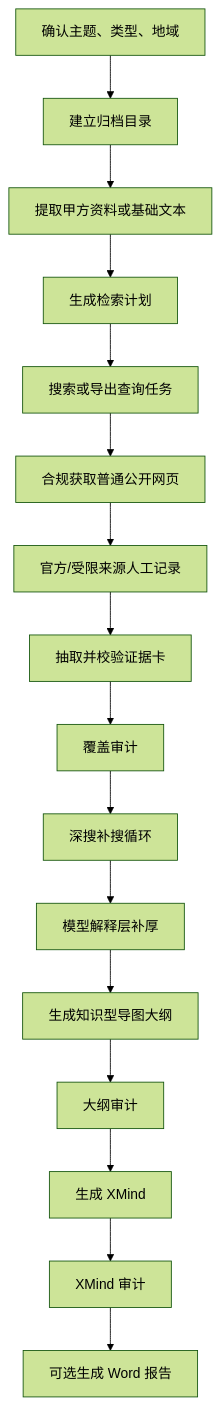
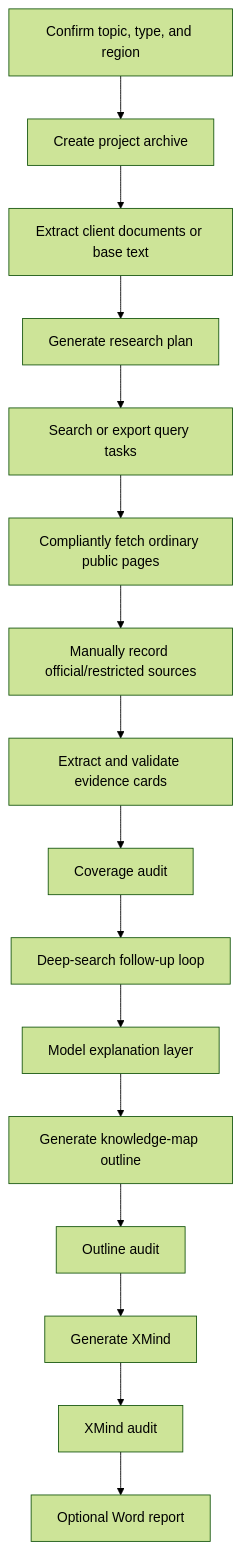
The diagram in README.md (sunzhaokai95/curation-research-skill), drawn with Mermaid (forest theme) before and after one commit. The commit also changed other lines of this file and 1 other file, not shown here.

````diff
--- a/README.md
+++ b/README.md
@@ -29,18 +33,18 @@
 ```mermaid
 flowchart TD
-  A["确认主题、类型、地域"] --> B["建立归档目录"]
-  B --> C["提取甲方资料或基础文本"]
-  C --> D["生成检索计划"]
-  D --> E["搜索或导出查询任务"]
-  E --> F["合规获取普通公开网页"]
-  F --> G["官方/受限来源人工记录"]
-  G --> H["抽取并校验证据卡"]
-  H --> I["覆盖审计"]
-  I --> J["深搜补搜循环"]
-  J --> K["模型解释层补厚"]
-  K --> L["生成知识型导图大纲"]
-  L --> M["大纲审计"]
-  M --> N["生成 XMind"]
-  N --> O["XMind 审计"]
-  O --> P["可选生成 Word 报告"]
+  A["Confirm topic, type, and region"] --> B["Create project archive"]
+  B --> C["Extract client documents or base text"]
+  C --> D["Generate research plan"]
+  D --> E["Search or export query tasks"]
+  E --> F["Compliantly fetch ordinary public pages"]
+  F --> G["Manually record official/restricted sources"]
+  G --> H["Extract and validate evidence cards"]
+  H --> I["Coverage audit"]
+  I --> J["Deep-search follow-up loop"]
+  J --> K["Model explanation layer"]
+  K --> L["Generate knowledge-map outline"]
+  L --> M["Outline audit"]
+  M --> N["Generate XMind"]
+  N --> O["XMind audit"]
+  O --> P["Optional Word report"]
 ```
````
